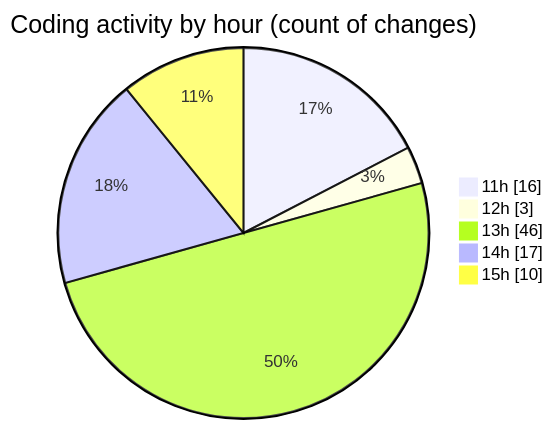
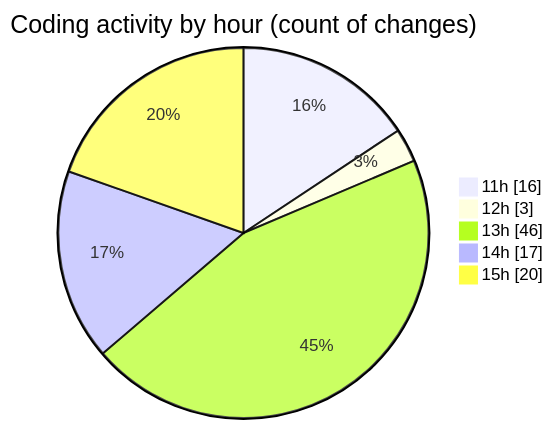
One commit to nxtqubesakshisongat/code-tracking changed the second of 2 diagrams in 2025-07-08/argos/README.md. Above: the diagram before and after it, drawn with Mermaid. The commit also changed other lines of this file and 1 other file, not shown here.

````diff
--- a/2025-07-08/argos/README.md
+++ b/2025-07-08/argos/README.md
@@ -34,9 +34,9 @@
 ```mermaid
 pie showData
 title Coding activity by hour (count of changes)
 "11h" : 16
 "12h" : 3
 "13h" : 46
 "14h" : 17
-"15h" : 10
+"15h" : 20
 ```
````
